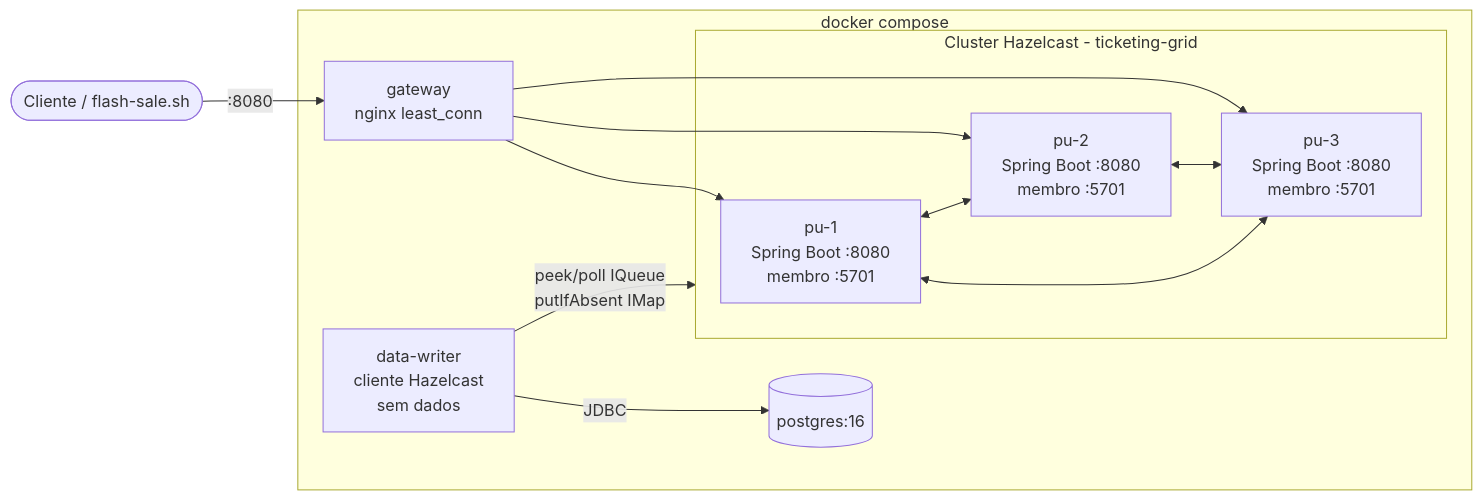
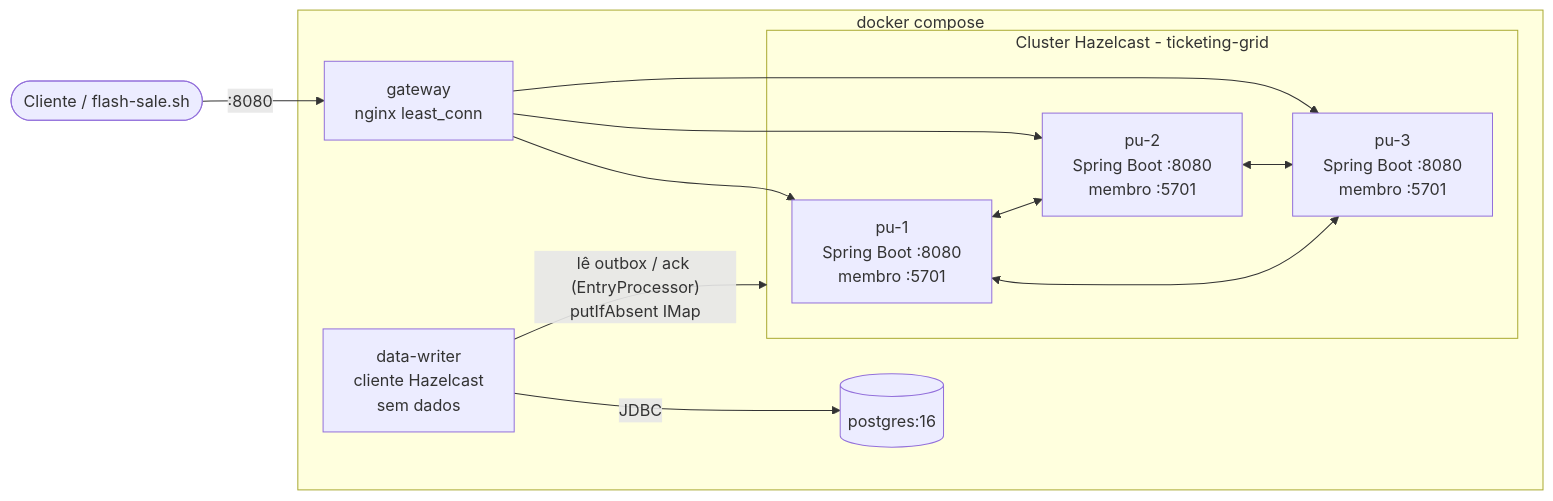
One commit to diovanibmotta/software-architecture-styles-lab changed the first of 6 diagrams in space-based-architecture/docs/03-arquitetura-da-implementacao.md. Above: the diagram before and after it, drawn with Mermaid. The commit also changed other lines of this file and 16 other files, not shown here.

First line of the commit message:
fix(space-based): make stock decrement and persistence outbox one atomic grid write

````diff
--- a/space-based-architecture/docs/03-arquitetura-da-implementacao.md
+++ b/space-based-architecture/docs/03-arquitetura-da-implementacao.md
@@ -5,20 +5,20 @@
 ```mermaid
 flowchart LR
     client([Cliente / flash-sale.sh]) -->|:8080| gw
 
     subgraph compose [docker compose]
         gw[gateway<br/>nginx least_conn]
         subgraph grid [Cluster Hazelcast - ticketing-grid]
             pu1[pu-1<br/>Spring Boot :8080<br/>membro :5701]
             pu2[pu-2<br/>Spring Boot :8080<br/>membro :5701]
             pu3[pu-3<br/>Spring Boot :8080<br/>membro :5701]
         end
         dw[data-writer<br/>cliente Hazelcast<br/>sem dados]
         pg[(postgres:16)]
     end
 
     gw --> pu1 & pu2 & pu3
     pu1 <--> pu2 <--> pu3 <--> pu1
-    dw -- "peek/poll IQueue\nputIfAbsent IMap" --> grid
+    dw -- "lê outbox / ack (EntryProcessor)\nputIfAbsent IMap" --> grid
     dw -- JDBC --> pg
 ```
````
